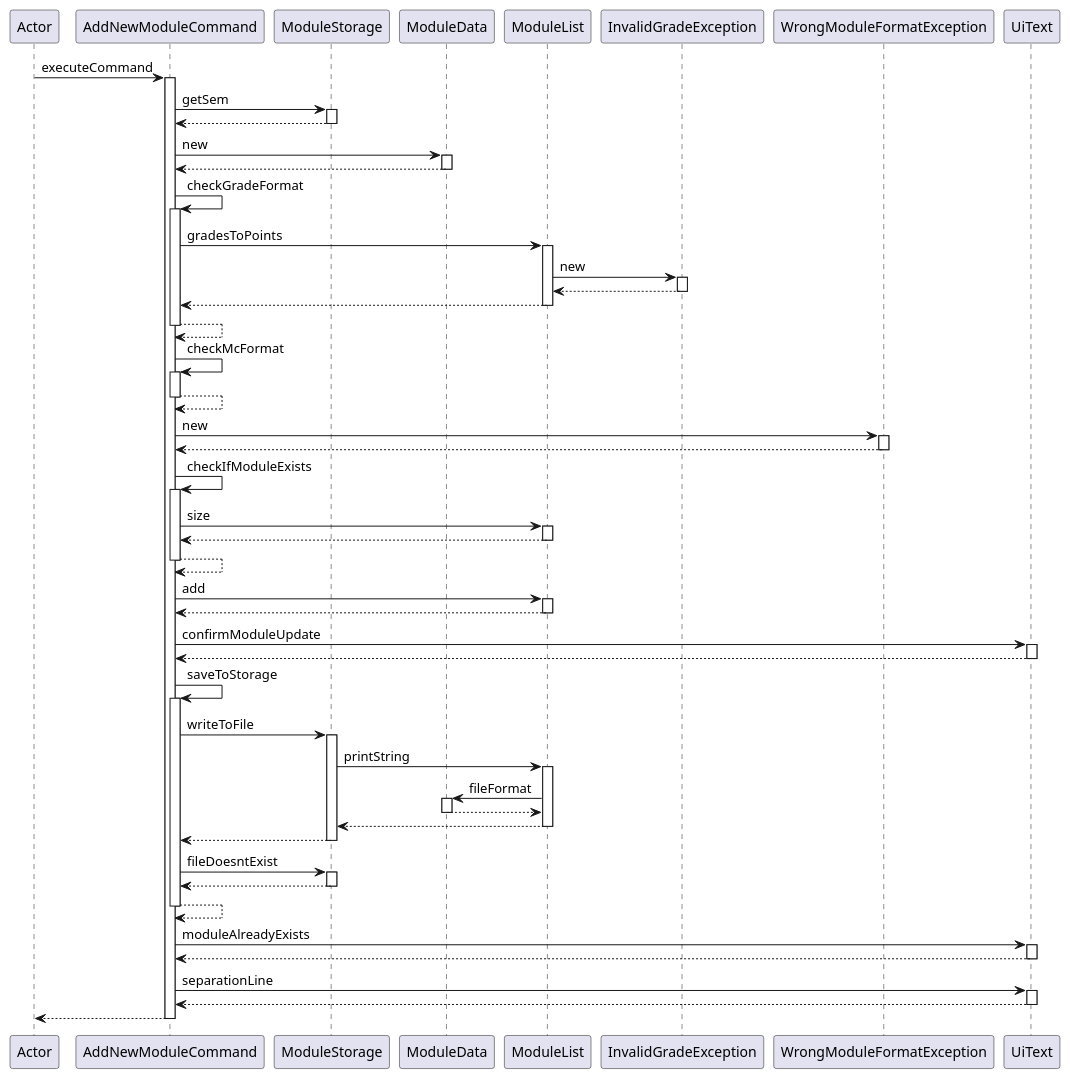
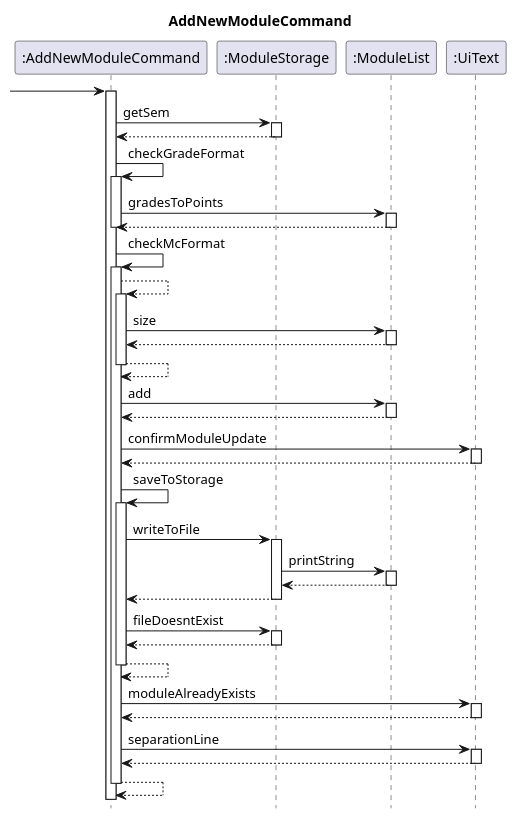
Before and after one commit to soepaingzaw/tp: the diagram in docs/capcalculatordiagrams/AddCommand.puml, drawn with PlantUML. The commit also changed 10 other files, not shown here.

```diff
--- a/docs/capcalculatordiagrams/AddCommand.puml
+++ b/docs/capcalculatordiagrams/AddCommand.puml
@@ -1,78 +1,66 @@
 @startuml
-participant Actor
-Actor -> AddNewModuleCommand : executeCommand
-activate AddNewModuleCommand
-AddNewModuleCommand -> ModuleStorage : getSem
-activate ModuleStorage
-ModuleStorage --> AddNewModuleCommand
-deactivate ModuleStorage
-AddNewModuleCommand -> ModuleData : new
-activate ModuleData
-ModuleData --> AddNewModuleCommand
-deactivate ModuleData
-AddNewModuleCommand -> AddNewModuleCommand : checkGradeFormat
-activate AddNewModuleCommand
-AddNewModuleCommand -> ModuleList : gradesToPoints
-activate ModuleList
-ModuleList -> InvalidGradeException : new
-activate InvalidGradeException
-InvalidGradeException --> ModuleList
-deactivate InvalidGradeException
-ModuleList --> AddNewModuleCommand
-deactivate ModuleList
-AddNewModuleCommand --> AddNewModuleCommand
-deactivate AddNewModuleCommand
-AddNewModuleCommand -> AddNewModuleCommand : checkMcFormat
-activate AddNewModuleCommand
-AddNewModuleCommand --> AddNewModuleCommand
-deactivate AddNewModuleCommand
-AddNewModuleCommand -> WrongModuleFormatException : new
-activate WrongModuleFormatException
-WrongModuleFormatException --> AddNewModuleCommand
-deactivate WrongModuleFormatException
-AddNewModuleCommand -> AddNewModuleCommand : checkIfModuleExists
-activate AddNewModuleCommand
-AddNewModuleCommand -> ModuleList : size
-activate ModuleList
-ModuleList --> AddNewModuleCommand
-deactivate ModuleList
-AddNewModuleCommand --> AddNewModuleCommand
-deactivate AddNewModuleCommand
-AddNewModuleCommand -> ModuleList : add
-activate ModuleList
-ModuleList --> AddNewModuleCommand
-deactivate ModuleList
-AddNewModuleCommand -> UiText : confirmModuleUpdate
-activate UiText
-UiText --> AddNewModuleCommand
-deactivate UiText
-AddNewModuleCommand -> AddNewModuleCommand : saveToStorage
-activate AddNewModuleCommand
-AddNewModuleCommand -> ModuleStorage : writeToFile
-activate ModuleStorage
-ModuleStorage -> ModuleList : printString
-activate ModuleList
-ModuleList -> ModuleData : fileFormat
-activate ModuleData
-ModuleData --> ModuleList
-deactivate ModuleData
-ModuleList --> ModuleStorage
-deactivate ModuleList
-ModuleStorage --> AddNewModuleCommand
-deactivate ModuleStorage
-AddNewModuleCommand -> ModuleStorage : fileDoesntExist
-activate ModuleStorage
-ModuleStorage --> AddNewModuleCommand
-deactivate ModuleStorage
-AddNewModuleCommand --> AddNewModuleCommand
-deactivate AddNewModuleCommand
-AddNewModuleCommand -> UiText : moduleAlreadyExists
-activate UiText
-UiText --> AddNewModuleCommand
-deactivate UiText
-AddNewModuleCommand -> UiText : separationLine
-activate UiText
-UiText --> AddNewModuleCommand
-deactivate UiText
+
+hide footbox
+title AddNewModuleCommand
+
+ -> ":AddNewModuleCommand" :
+activate ":AddNewModuleCommand"
+":AddNewModuleCommand" -> ":ModuleStorage" : getSem
+activate ":ModuleStorage"
+":ModuleStorage" --> ":AddNewModuleCommand"
+deactivate ":ModuleStorage"
+":AddNewModuleCommand" -> ":AddNewModuleCommand" : checkGradeFormat
+activate ":AddNewModuleCommand"
+":AddNewModuleCommand" -> ":ModuleList" : gradesToPoints
+activate ":ModuleList"
+":ModuleList" --> ":AddNewModuleCommand"
+deactivate ":ModuleList"
+
+deactivate ":AddNewModuleCommand"
+":AddNewModuleCommand" -> ":AddNewModuleCommand" : checkMcFormat
+activate ":AddNewModuleCommand"
+":AddNewModuleCommand" --> ":AddNewModuleCommand"
+
+activate ":AddNewModuleCommand"
+":AddNewModuleCommand" -> ":ModuleList" : size
+activate ":ModuleList"
+":ModuleList" --> ":AddNewModuleCommand"
+deactivate ":ModuleList"
+":AddNewModuleCommand" --> ":AddNewModuleCommand"
+deactivate ":AddNewModuleCommand"
+":AddNewModuleCommand" -> ":ModuleList" : add
+activate ":ModuleList"
+":ModuleList" --> ":AddNewModuleCommand"
+deactivate ":ModuleList"
+":AddNewModuleCommand" -> ":UiText" : confirmModuleUpdate
+activate ":UiText"
+":UiText" --> ":AddNewModuleCommand"
+deactivate ":UiText"
+":AddNewModuleCommand" -> ":AddNewModuleCommand" : saveToStorage
+activate ":AddNewModuleCommand"
+":AddNewModuleCommand" -> ":ModuleStorage" : writeToFile
+activate ":ModuleStorage"
+":ModuleStorage" -> ":ModuleList" : printString
+activate ":ModuleList"
+
+":ModuleList" --> ":ModuleStorage"
+deactivate ":ModuleList"
+":ModuleStorage" --> ":AddNewModuleCommand"
+deactivate ":ModuleStorage"
+":AddNewModuleCommand" -> ":ModuleStorage" : fileDoesntExist
+activate ":ModuleStorage"
+":ModuleStorage" --> ":AddNewModuleCommand"
+deactivate ":ModuleStorage"
+":AddNewModuleCommand" --> ":AddNewModuleCommand"
+deactivate ":AddNewModuleCommand"
+":AddNewModuleCommand" -> ":UiText" : moduleAlreadyExists
+activate ":UiText"
+":UiText" --> ":AddNewModuleCommand"
+deactivate ":UiText"
+":AddNewModuleCommand" -> ":UiText" : separationLine
+activate ":UiText"
+":UiText" --> ":AddNewModuleCommand"
+deactivate ":UiText"
 return
+
 @enduml
```
